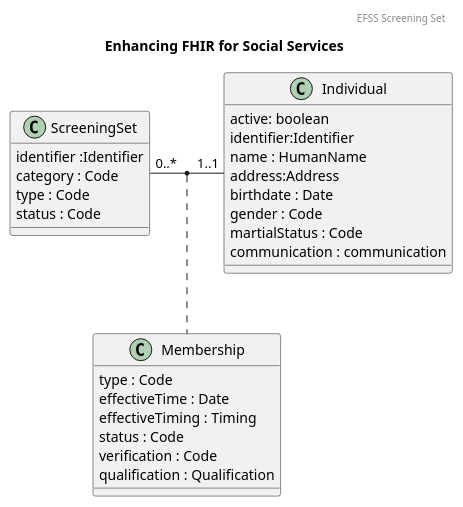
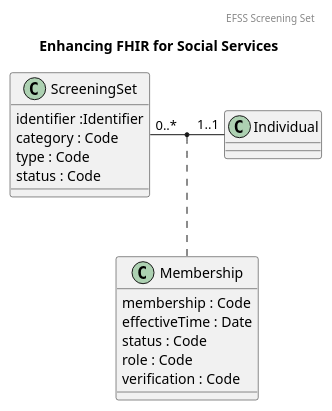
The diagram in input/images-source/efssss.plantuml (HL7/efss), drawn with PlantUML before and after one commit. The commit also changed 3 other files, not shown here.

```diff
--- a/input/images-source/efssss.plantuml
+++ b/input/images-source/efssss.plantuml
@@ -1,50 +1,41 @@
 @startuml
 
 header "EFSS Screening Set"
  
 
 title Enhancing FHIR for Social Services
 
 class Individual {
-active: boolean
-identifier:Identifier
-name : HumanName
-address:Address
-birthdate : Date
-gender : Code
-martialStatus : Code
-communication : communication
+ 
 }
 
  
 
 ScreeningSet : identifier :Identifier
 ScreeningSet : category : Code
 ScreeningSet : type : Code
 ScreeningSet : status : Code
 
 class ScreeningSet {
 
 }
 
  
   
 
 ScreeningSet "0..*" - "1..1" Individual
 (ScreeningSet, Individual) .. Membership
 
 class Membership {
-   type : Code
+   membership : Code
    effectiveTime : Date
-   effectiveTiming : Timing
    status : Code
-   verification : Code
-   qualification : Qualification
-   
+   role : Code
+   verification : Code   
 }
  
 
 
    
  
 @enduml
```
